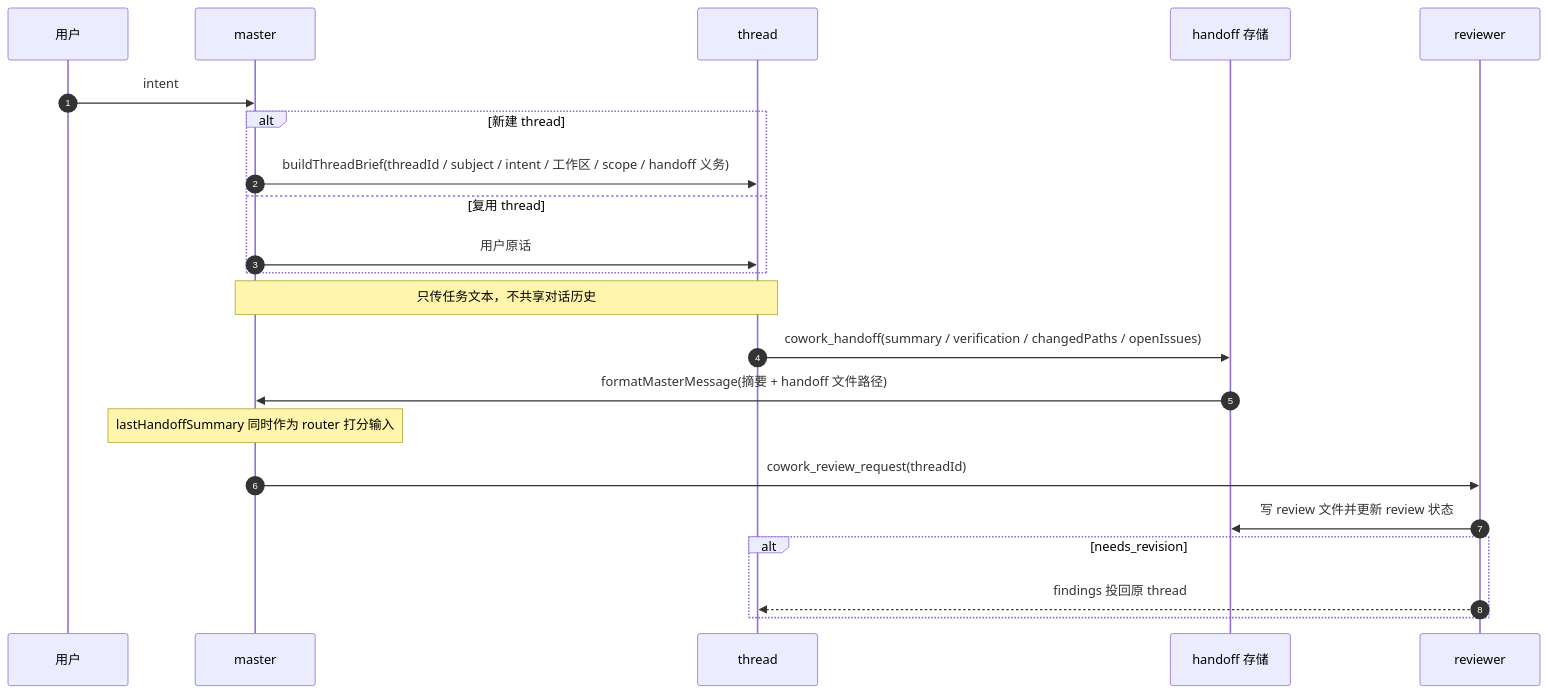
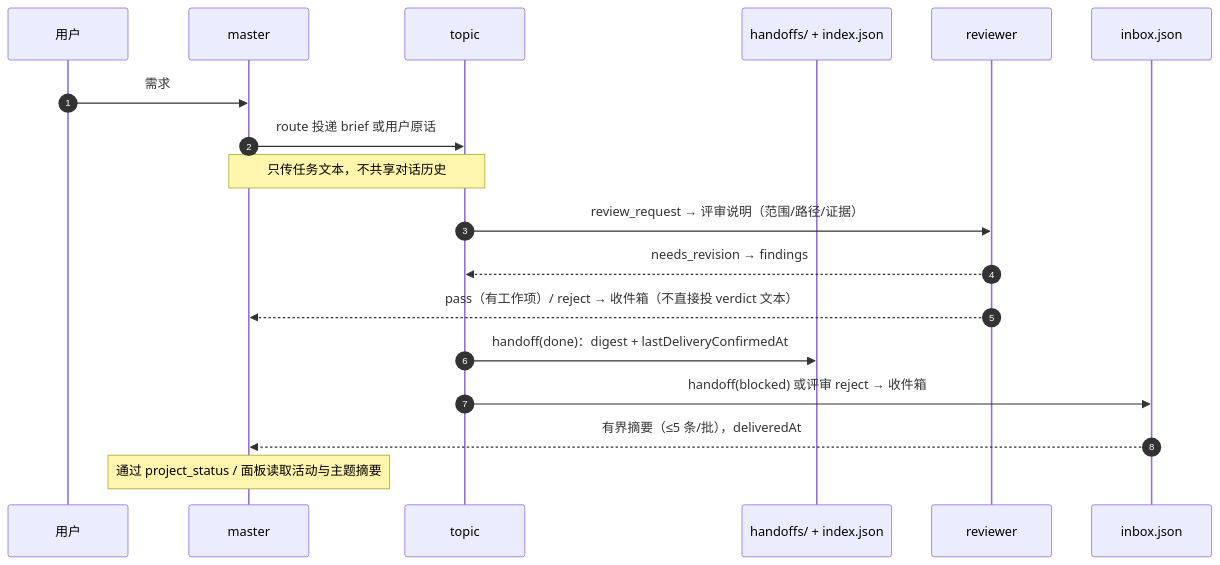
One commit to leigangzhang/dsh-cowork changed the second of 2 diagrams in docs/context.md. Above: the diagram before and after it, drawn with Mermaid. The commit also changed other lines of this file and 3 other files, not shown here.

````diff
--- a/docs/context.md
+++ b/docs/context.md
@@ -76,25 +77,21 @@
 ```mermaid
 sequenceDiagram
   autonumber
   participant U as 用户
   participant M as master
-  participant T as thread
-  participant D as handoff 存储
+  participant T as topic
+  participant D as handoffs/ + index.json
   participant R as reviewer
+  participant B as inbox.json
 
-  U->>M: intent
-  alt 新建 thread
-    M->>T: buildThreadBrief(threadId / subject / intent / 工作区 / scope / handoff 义务)
-  else 复用 thread
-    M->>T: 用户原话
-  end
+  U->>M: 需求
+  M->>T: route 投递 brief 或用户原话
   Note over M,T: 只传任务文本，不共享对话历史
-  T->>D: cowork_handoff(summary / verification / changedPaths / openIssues)
-  D->>M: formatMasterMessage(摘要 + handoff 文件路径)
-  Note over M: lastHandoffSummary 同时作为 router 打分输入
-  M->>R: cowork_review_request(threadId)
-  R->>D: 写 review 文件并更新 review 状态
-  alt needs_revision
-    R-->>T: findings 投回原 thread
-  end
+  T->>R: review_request → 评审说明（范围/路径/证据）
+  R-->>T: needs_revision → findings
+  R-->>M: pass（有工作项）/ reject → 收件箱（不直接投 verdict 文本）
+  T->>D: handoff(done)：digest + lastDeliveryConfirmedAt
+  T->>B: handoff(blocked) 或评审 reject → 收件箱
+  B-->>M: 有界摘要（≤5 条/批），deliveredAt
+  Note over M: 通过 project_status / 面板读取活动与主题摘要
 ```
````
